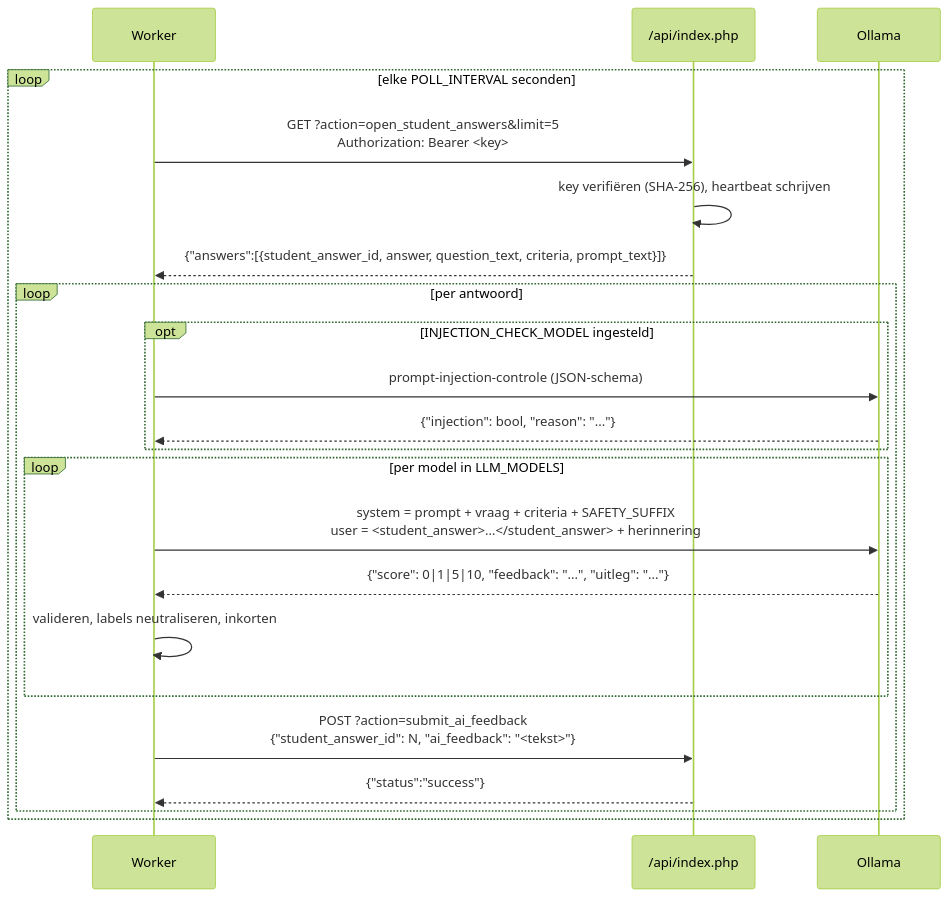
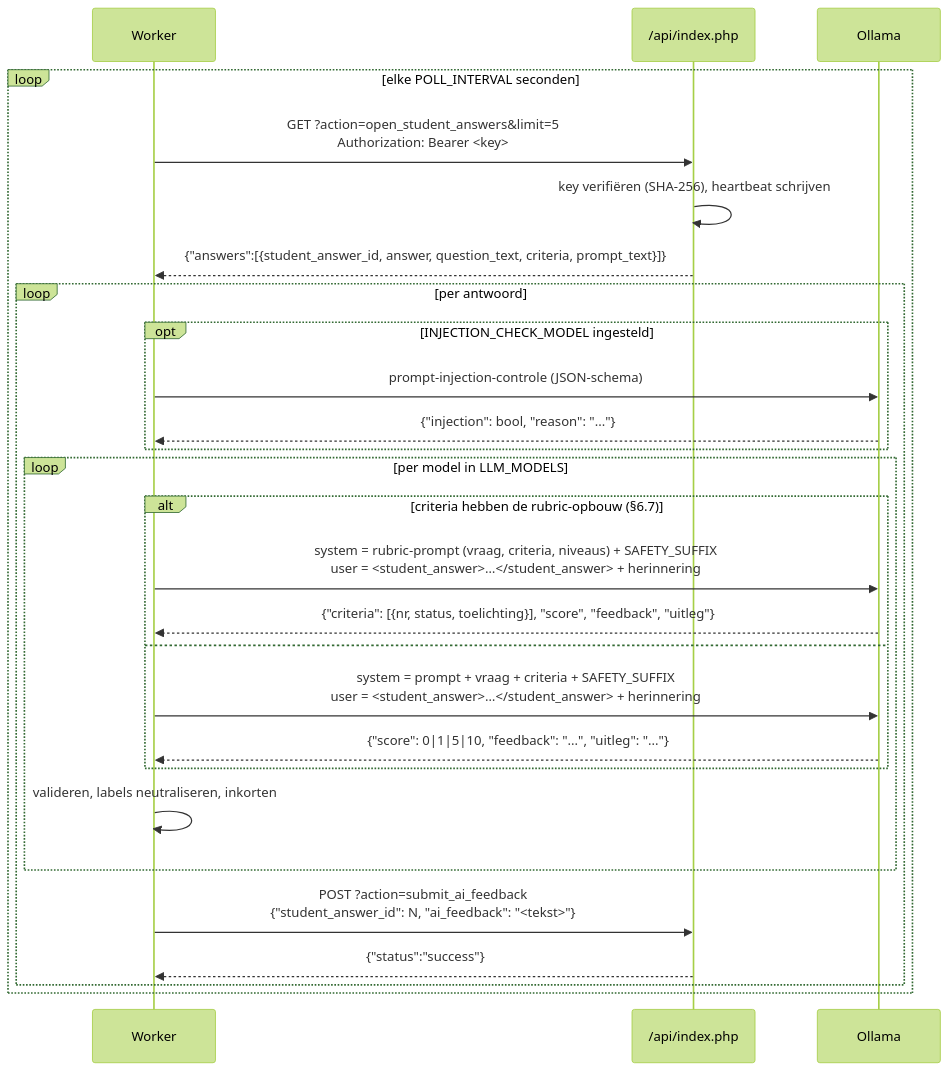
The fifth of 6 diagrams in ARCHITECTURE.md (macsnoeren/genai-open-assessment), drawn with Mermaid (forest theme) before and after one commit. The commit also changed other lines of this file and 12 other files, not shown here.

````diff
--- a/ARCHITECTURE.md
+++ b/ARCHITECTURE.md
@@ -411,25 +411,30 @@
 ```mermaid
 sequenceDiagram
     participant W as Worker
     participant A as /api/index.php
     participant O as Ollama
 
     loop elke POLL_INTERVAL seconden
         W->>A: GET ?action=open_student_answers&limit=5<br/>Authorization: Bearer <key>
         A->>A: key verifiëren (SHA-256), heartbeat schrijven
         A-->>W: {"answers":[{student_answer_id, answer, question_text, criteria, prompt_text}]}
         loop per antwoord
             opt INJECTION_CHECK_MODEL ingesteld
                 W->>O: prompt-injection-controle (JSON-schema)
                 O-->>W: {"injection": bool, "reason": "..."}
             end
             loop per model in LLM_MODELS
-                W->>O: system = prompt + vraag + criteria + SAFETY_SUFFIX<br/>user = <student_answer>…</student_answer> + herinnering
-                O-->>W: {"score": 0|1|5|10, "feedback": "...", "uitleg": "..."}
+                alt criteria hebben de rubric-opbouw (§6.7)
+                    W->>O: system = rubric-prompt (vraag, criteria, niveaus) + SAFETY_SUFFIX<br/>user = <student_answer>…</student_answer> + herinnering
+                    O-->>W: {"criteria": [{nr, status, toelichting}], "score", "feedback", "uitleg"}
+                else
+                    W->>O: system = prompt + vraag + criteria + SAFETY_SUFFIX<br/>user = <student_answer>…</student_answer> + herinnering
+                    O-->>W: {"score": 0|1|5|10, "feedback": "...", "uitleg": "..."}
+                end
                 W->>W: valideren, labels neutraliseren, inkorten
             end
             W->>A: POST ?action=submit_ai_feedback<br/>{"student_answer_id": N, "ai_feedback": "<tekst>"}
             A-->>W: {"status":"success"}
         end
     end
 ```
````
